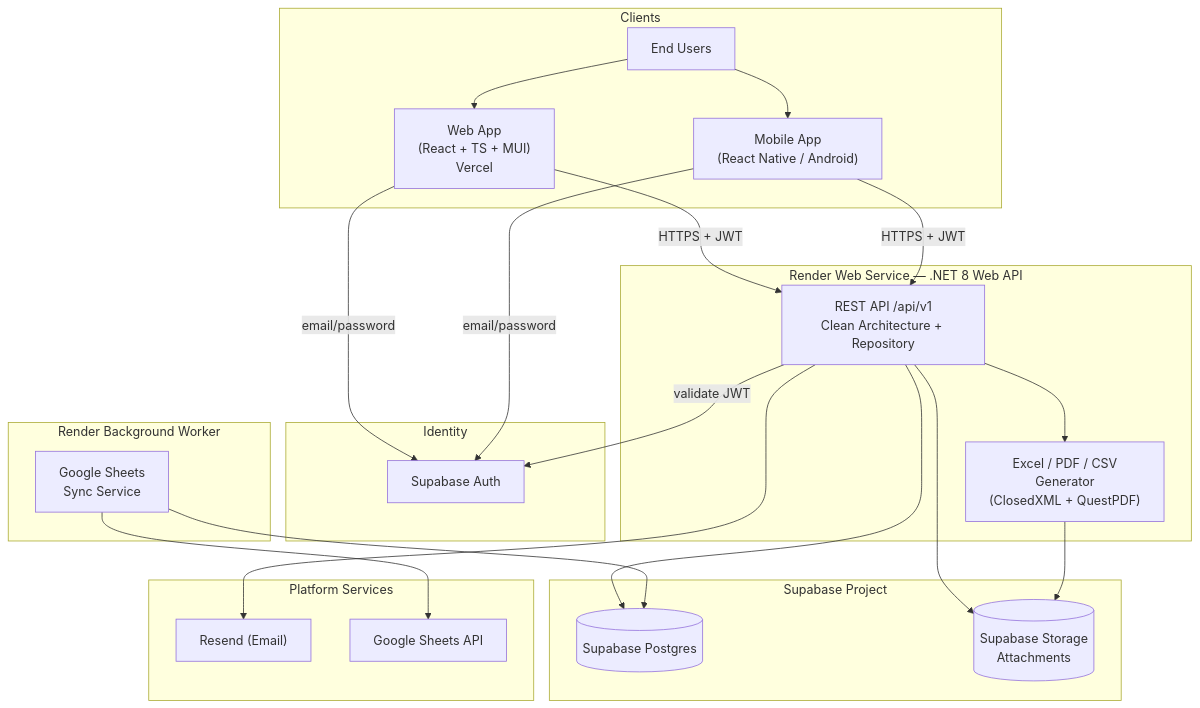
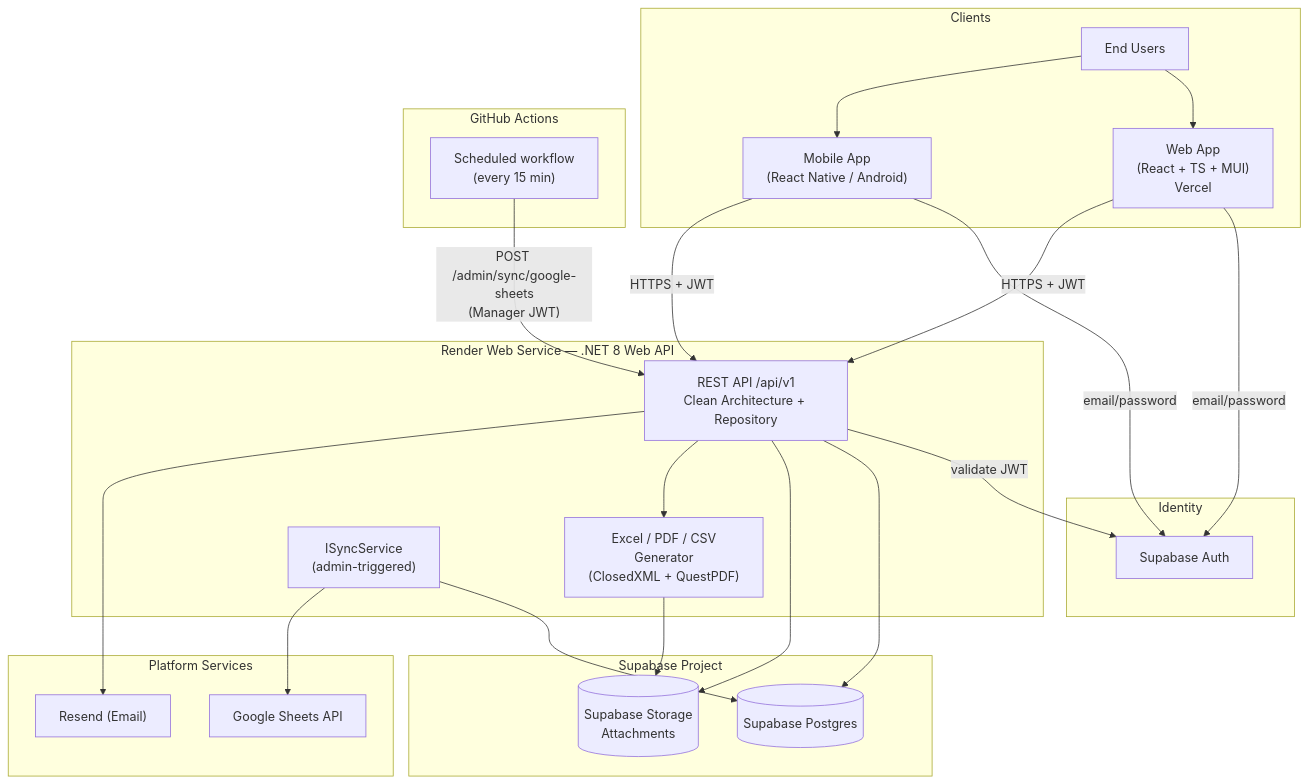
Before and after one commit to hanadikarunia-cell/FinanceLedgerPro: the first of 4 diagrams in docs/architecture.md, drawn with Mermaid. The commit also changed other lines of this file and 12 other files, not shown here.

First line of the commit message:
Replace the Render Background Worker with a scheduled admin endpoint

````diff
--- a/docs/architecture.md
+++ b/docs/architecture.md
@@ -98,49 +98,51 @@
 ```mermaid
 flowchart TB
     subgraph Clients
         U["End Users"]
         WEB["Web App<br/>(React + TS + MUI)<br/>Vercel"]
         MOB["Mobile App<br/>(React Native / Android)"]
     end
 
     subgraph Identity
         SBAUTH["Supabase Auth"]
     end
 
     subgraph Backend["Render Web Service — .NET 8 Web API"]
         API["REST API /api/v1<br/>Clean Architecture + Repository"]
         GEN["Excel / PDF / CSV<br/>Generator<br/>(ClosedXML + QuestPDF)"]
+        SYNC["ISyncService<br/>(admin-triggered)"]
     end
 
-    subgraph Worker["Render Background Worker"]
-        SYNC["Google Sheets<br/>Sync Service"]
+    subgraph CI["GitHub Actions"]
+        CRON["Scheduled workflow<br/>(every 15 min)"]
     end
 
     subgraph Data["Supabase Project"]
         PG[("Supabase Postgres")]
         STORAGE[("Supabase Storage<br/>Attachments")]
     end
 
     subgraph Platform["Platform Services"]
         RESEND["Resend (Email)"]
         GS["Google Sheets API"]
     end
 
     U --> WEB
     U --> MOB
     WEB -->|email/password| SBAUTH
     MOB -->|email/password| SBAUTH
     WEB -->|HTTPS + JWT| API
     MOB -->|HTTPS + JWT| API
     API -->|validate JWT| SBAUTH
 
     API --> PG
     API --> STORAGE
     API --> GEN
     API --> RESEND
 
+    CRON -->|"POST /admin/sync/google-sheets<br/>(Manager JWT)"| API
     SYNC --> PG
     SYNC --> GS
 
     GEN --> STORAGE
 ```
````
